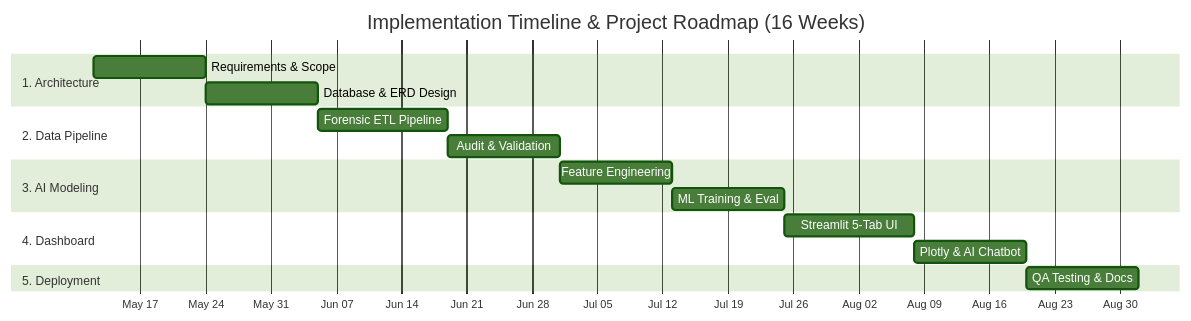
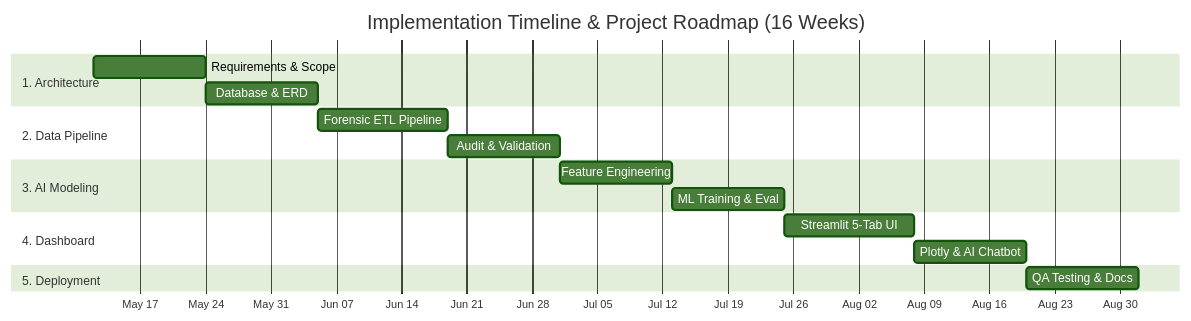
The diagram in Project Documentations/01_Project_Proposal_and_Planning.md (Huda-Amr/carbon-heist-mitigation), drawn with Mermaid (forest theme) before and after one commit.

Commit message:
Shorten Database & ERD Design to Database & ERD ensuring 100% of Gantt labels render cleanly inside their respective bars on GitHub

````diff
--- a/Project Documentations/01_Project_Proposal_and_Planning.md
+++ b/Project Documentations/01_Project_Proposal_and_Planning.md
@@ -102,20 +102,20 @@
 ```mermaid
 gantt
     title Implementation Timeline & Project Roadmap (16 Weeks)
     dateFormat  YYYY-MM-DD
     axisFormat  %b %d
     section 1. Architecture
     Requirements & Scope  :a1, 2026-05-12, 12d
-    Database & ERD Design :a2, after a1, 12d
+    Database & ERD        :a2, after a1, 12d
     section 2. Data Pipeline
     Forensic ETL Pipeline :b1, after a2, 14d
     Audit & Validation    :b2, after b1, 12d
     section 3. AI Modeling
     Feature Engineering   :c1, after b2, 12d
     ML Training & Eval    :c2, after c1, 12d
     section 4. Dashboard
     Streamlit 5-Tab UI    :d1, after c2, 14d
     Plotly & AI Chatbot   :d2, after d1, 12d
     section 5. Deployment
     QA Testing & Docs     :e1, after d2, 12d
 ```
````
